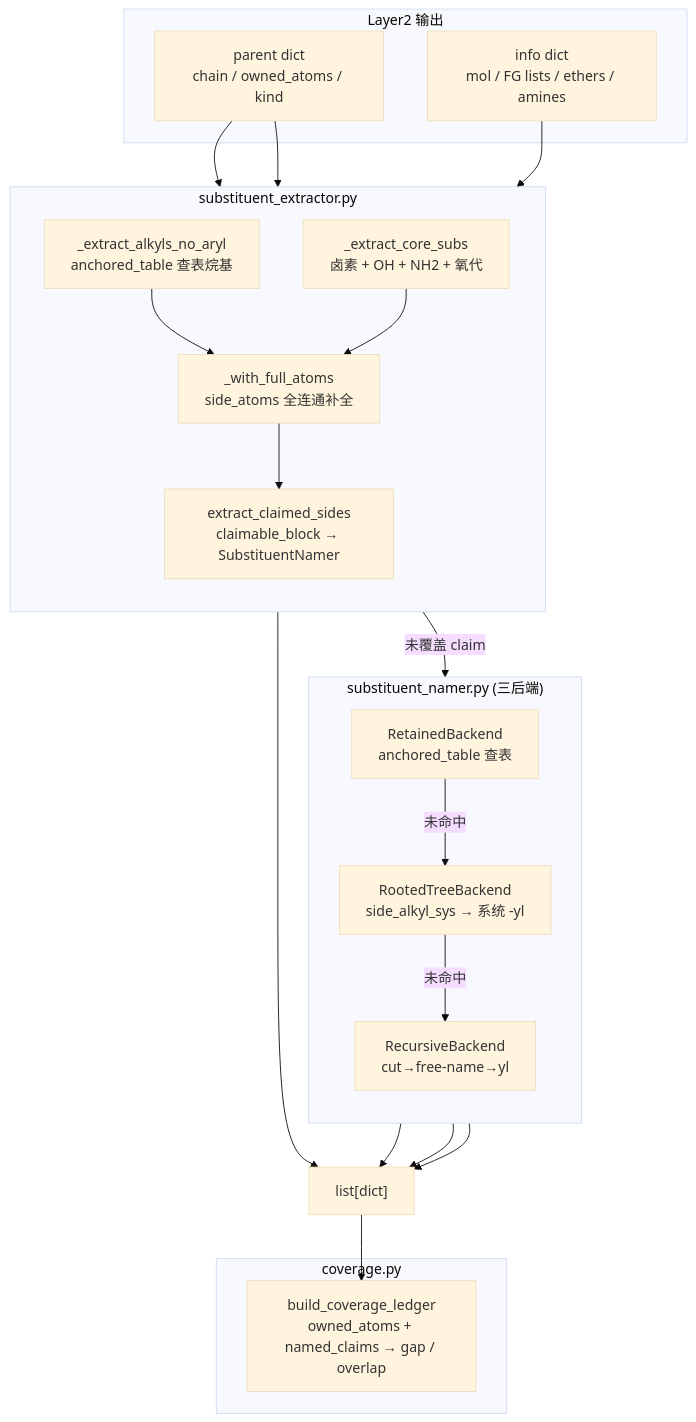
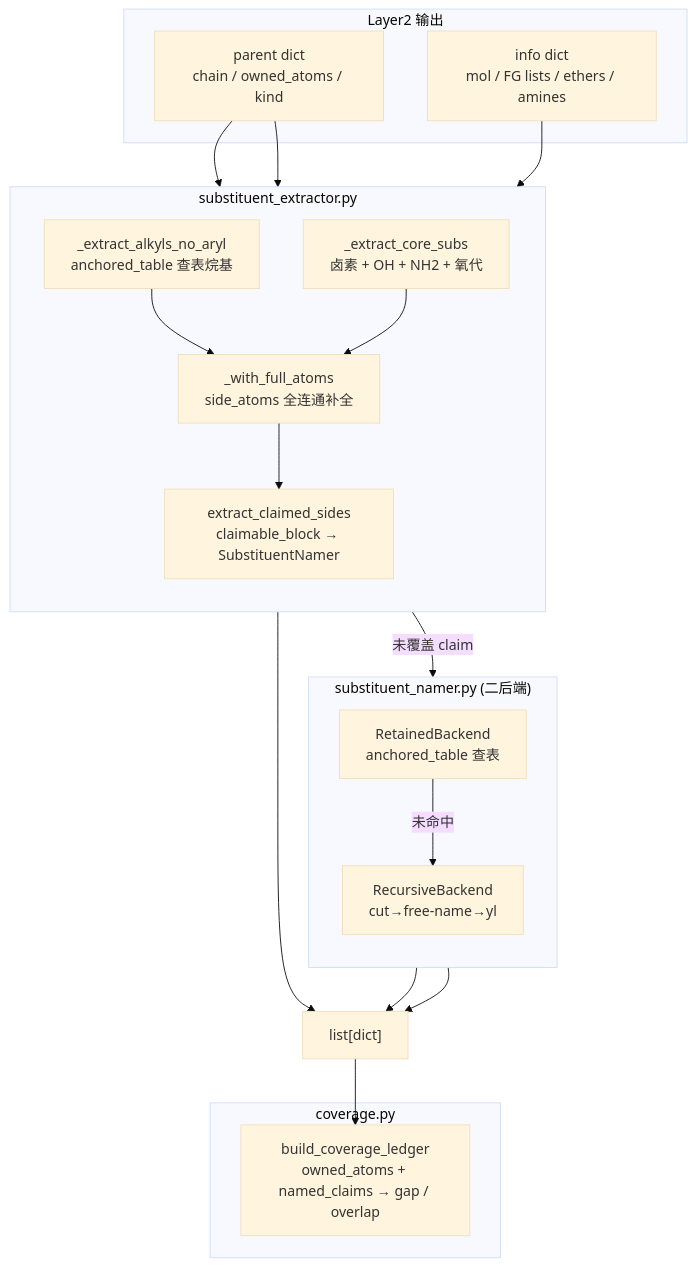
One commit to zouxiaofei1/OpenSMILES changed the first of 2 diagrams in docs/wiki/architecture/layer3-substituents.md. Above: the diagram before and after it, drawn with Mermaid (base theme). The commit also changed other lines of this file and 20 other files, not shown here.

````diff
--- a/docs/wiki/architecture/layer3-substituents.md
+++ b/docs/wiki/architecture/layer3-substituents.md
@@ -139,44 +137,41 @@
 ```mermaid
 flowchart TD
     subgraph L2["Layer2 输出"]
         PARENT["parent dict<br/>chain / owned_atoms / kind"]
         INFO["info dict<br/>mol / FG lists / ethers / amines"]
     end
 
     subgraph EXTRACT["substituent_extractor.py"]
         direction TB
         CORE["_extract_core_subs<br/>卤素 + OH + NH2 + 氧代"]
         ALKYL["_extract_alkyls_no_aryl<br/>anchored_table 查表烷基"]
         FULL["_with_full_atoms<br/>side_atoms 全连通补全"]
         CLAIM["extract_claimed_sides<br/>claimable_block → SubstituentNamer"]
     end
 
-    subgraph NAMER["substituent_namer.py (三后端)"]
+    subgraph NAMER["substituent_namer.py (二后端)"]
         direction TB
         RETAINED["RetainedBackend<br/>anchored_table 查表"]
-        TREE["RootedTreeBackend<br/>side_alkyl_sys → 系统 -yl"]
         RECURSE["RecursiveBackend<br/>cut→free-name→yl"]
     end
 
     subgraph LEDGER["coverage.py"]
         BUILD["build_coverage_ledger<br/>owned_atoms + named_claims → gap / overlap"]
     end
 
     PARENT --> CORE
     INFO --> CORE
     PARENT --> ALKYL
     ALKYL --> FULL
     CORE --> FULL
 
     FULL --> CLAIM
     CLAIM -- "未覆盖 claim" --> RETAINED
-    RETAINED -- "未命中" --> TREE
-    TREE -- "未命中" --> RECURSE
+    RETAINED -- "未命中" --> RECURSE
 
     RETAINED --> SUBST["list[dict]"]
-    TREE --> SUBST
     RECURSE --> SUBST
     CLAIM --> SUBST
 
     SUBST --> BUILD
 ```
````
